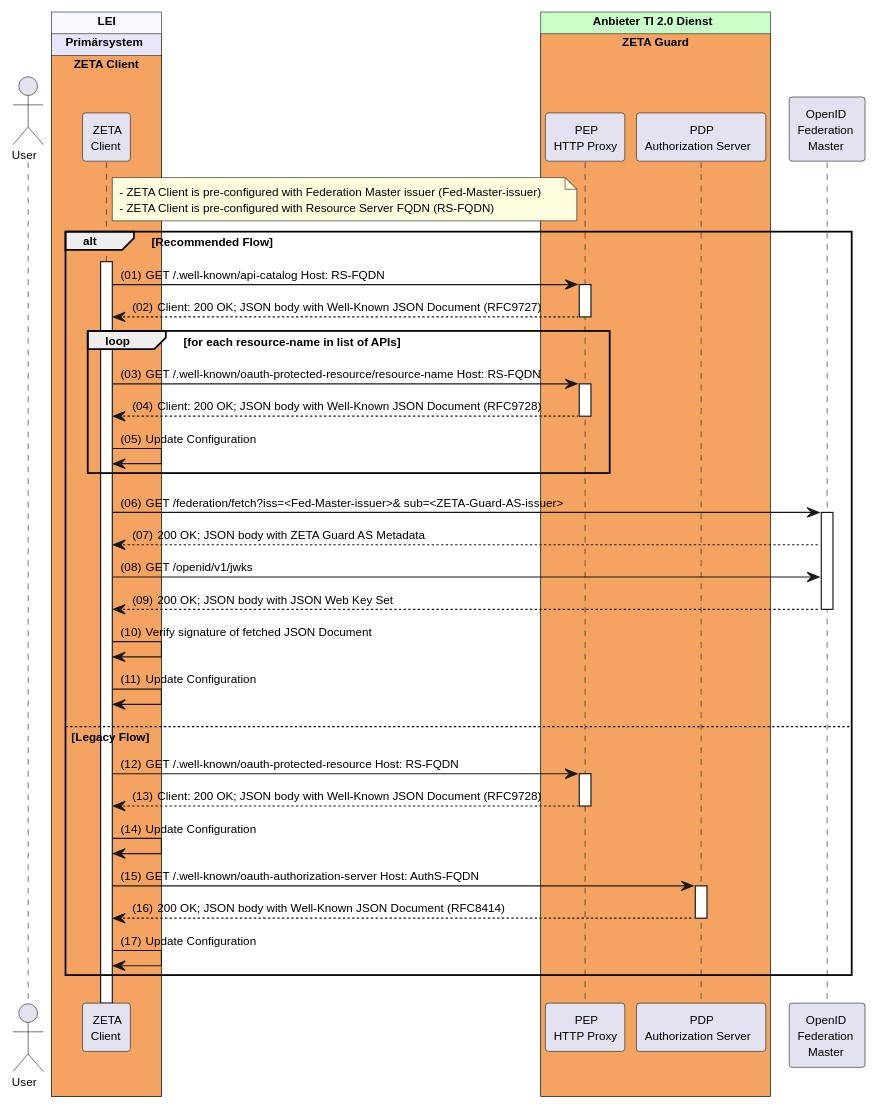
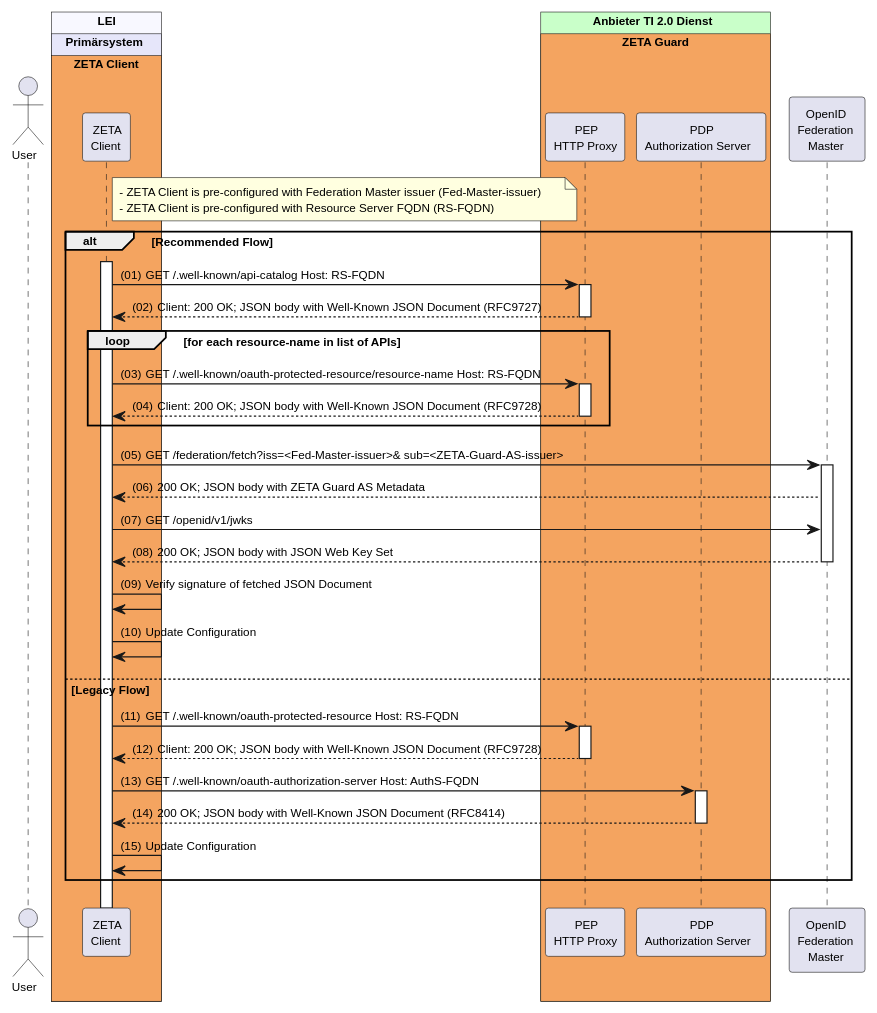
Before and after one commit to gematik/zeta: the diagram in src/plantuml/discovery-and-configuration/discovery-and-configuration.puml, drawn with PlantUML. The commit also changed 5 other files, not shown here.

```diff
--- a/src/plantuml/discovery-and-configuration/discovery-and-configuration.puml
+++ b/src/plantuml/discovery-and-configuration/discovery-and-configuration.puml
@@ -1,66 +1,64 @@
 @startuml "discovery-and-configuration"
 autonumber "(00)"
 skinparam defaultFontSize 10
 skinparam defaultFontName Helvetica
 skinparam DefaultMonospacedFontName Courier
 skinparam lengthAdjust none
 skinparam sequenceReferenceBackgroundColor White
 skinparam SequenceReferenceFontSize 12
 /'skinparam SequenceReferenceFontStyle bold
 '/
 
 
 !pragma teoz true
 
 Actor User
 box "LEI" #GhostWhite
   box "Primärsystem" #Lavender
     box "ZETA Client" #SandyBrown
       participant Client as "ZETA\nClient"
     end box
   end box
 end box
 
 box "Anbieter TI 2.0 Dienst" #TECHNOLOGY
   box "ZETA Guard" #SandyBrown
     participant HP as "PEP\nHTTP Proxy"
     participant AuthS as "PDP\nAuthorization Server" 
   end box
 end box
 
 participant FM as "OpenID\nFederation\nMaster"
 
 note right of Client #LightYellow
   - ZETA Client is pre-configured with Federation Master issuer (Fed-Master-issuer)
   - ZETA Client is pre-configured with Resource Server FQDN (RS-FQDN)
 end note
 
 alt Recommended Flow
   Client ++
   Client -> HP++: GET /.well-known/api-catalog Host: RS-FQDN
   HP --> Client--: Client: 200 OK; JSON body with Well-Known JSON Document  (RFC9727)
   loop for each resource-name in list of APIs
     Client -> HP ++ : GET /.well-known/oauth-protected-resource/resource-name   Host: RS-FQDN
     HP --> Client--: Client: 200 OK; JSON body with Well-Known JSON Document  (RFC9728)
-    Client -> Client: Update Configuration
   end
 
   Client -> FM++: GET /federation/fetch?iss=<Fed-Master-issuer>&  sub=<ZETA-Guard-AS-issuer>
   FM --> Client : 200 OK; JSON body with ZETA Guard AS Metadata
   Client -> FM: GET /openid/v1/jwks
   FM --> Client--: 200 OK; JSON body with JSON Web Key Set
   Client -> Client: Verify signature of fetched JSON Document
   Client -> Client: Update Configuration
 
 else Legacy Flow 
 
   Client -> HP ++ : GET /.well-known/oauth-protected-resource Host: RS-FQDN
   HP --> Client--: Client: 200 OK; JSON body with Well-Known JSON Document  (RFC9728)
-  Client -> Client: Update Configuration
 
   Client -> AuthS ++ : GET /.well-known/oauth-authorization-server Host:  AuthS-FQDN
   AuthS --> Client -- : 200 OK; JSON body with Well-Known JSON Document   (RFC8414)
 
   Client -> Client: Update Configuration
 end
 @enduml
```
